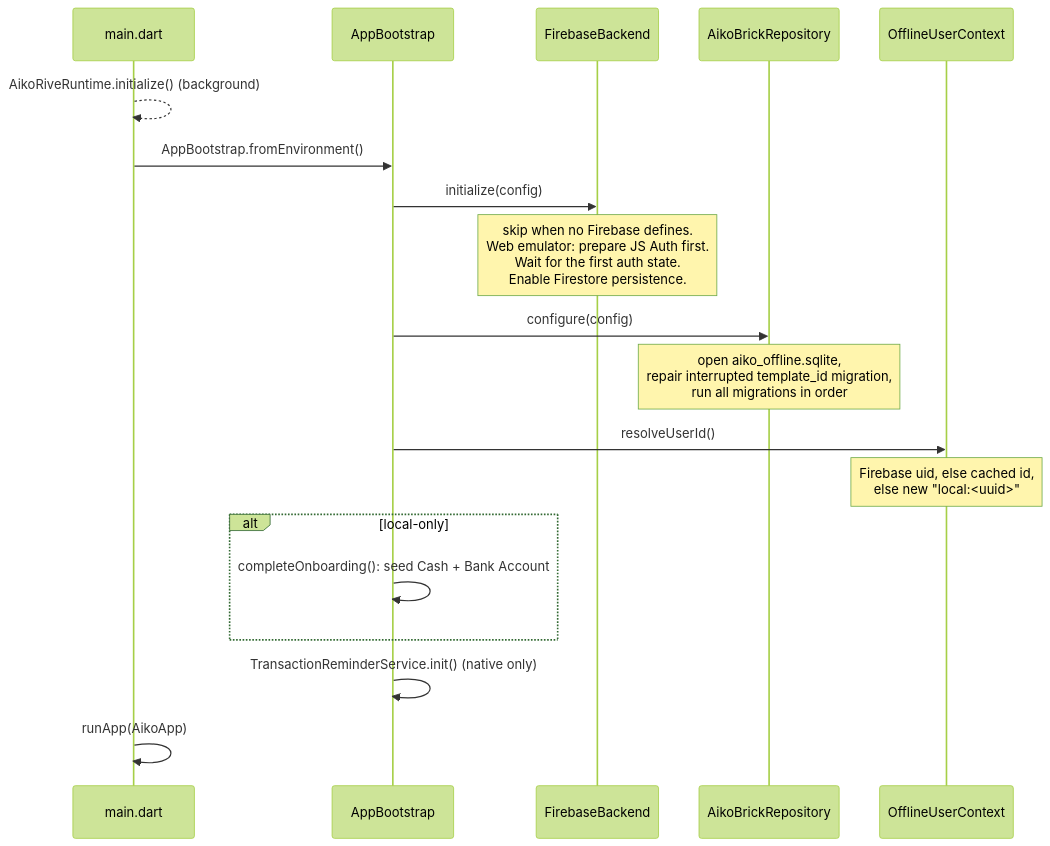
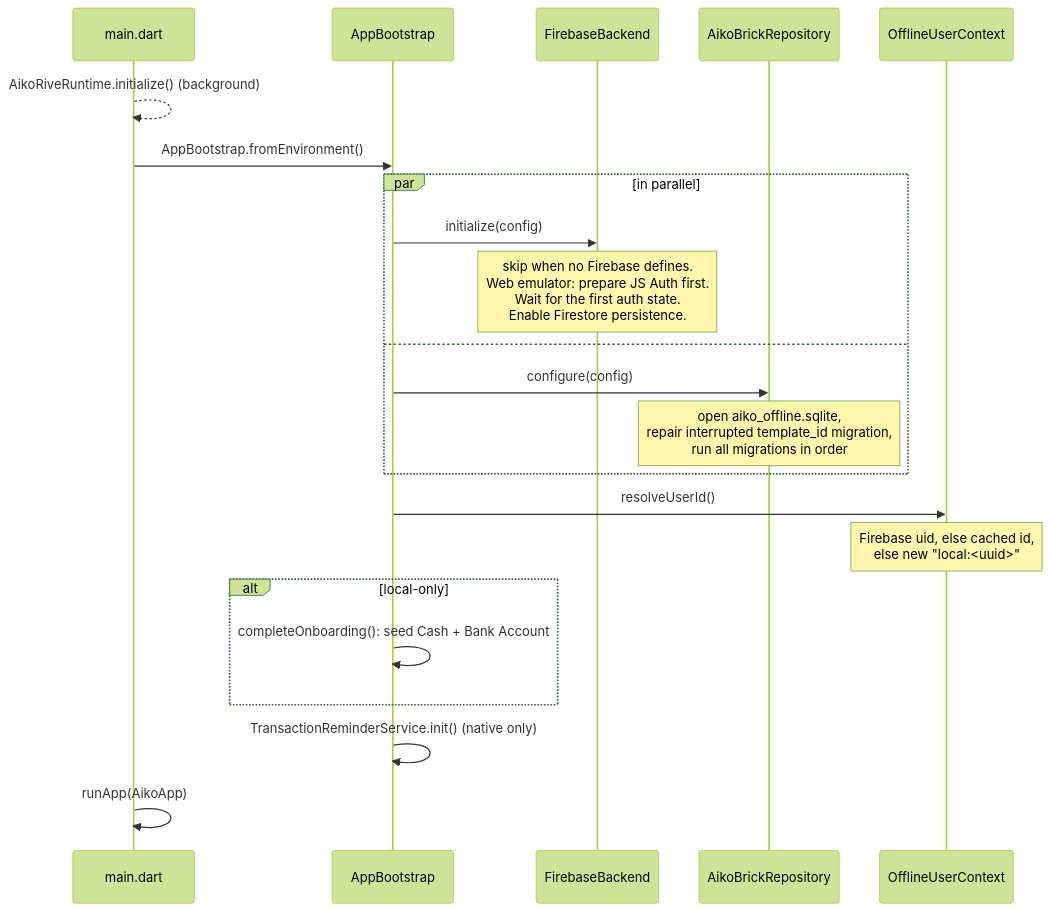
Before and after one commit to PePoDev/aiko: the second of 2 diagrams in docs/architecture.md, drawn with Mermaid (forest theme). The commit also changed other lines of this file and 14 other files, not shown here.

````diff
--- a/docs/architecture.md
+++ b/docs/architecture.md
@@ -49,21 +49,24 @@
 ```mermaid
 sequenceDiagram
   participant M as main.dart
   participant B as AppBootstrap
   participant F as FirebaseBackend
   participant L as AikoBrickRepository
   participant U as OfflineUserContext
   M-->>M: AikoRiveRuntime.initialize() (background)
   M->>B: AppBootstrap.fromEnvironment()
-  B->>F: initialize(config)
-  Note over F: skip when no Firebase defines.<br/>Web emulator: prepare JS Auth first.<br/>Wait for the first auth state.<br/>Enable Firestore persistence.
-  B->>L: configure(config)
-  Note over L: open aiko_offline.sqlite,<br/>repair interrupted template_id migration,<br/>run all migrations in order
+  par in parallel
+    B->>F: initialize(config)
+    Note over F: skip when no Firebase defines.<br/>Web emulator: prepare JS Auth first.<br/>Wait for the first auth state.<br/>Enable Firestore persistence.
+  and
+    B->>L: configure(config)
+    Note over L: open aiko_offline.sqlite,<br/>repair interrupted template_id migration,<br/>run all migrations in order
+  end
   B->>U: resolveUserId()
   Note over U: Firebase uid, else cached id,<br/>else new "local:<uuid>"
   alt local-only
     B->>B: completeOnboarding(): seed Cash + Bank Account
   end
   B->>B: TransactionReminderService.init() (native only)
   M->>M: runApp(AikoApp)
 ```
````
